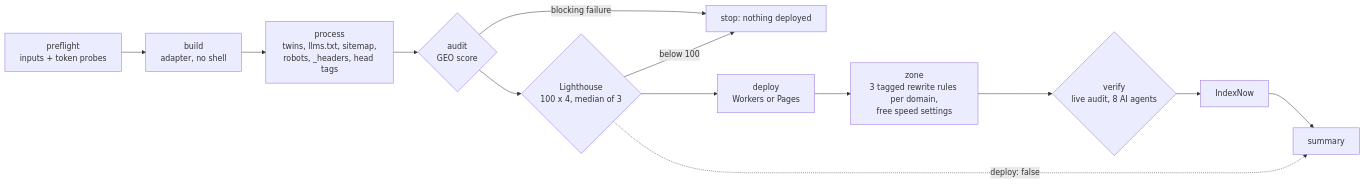
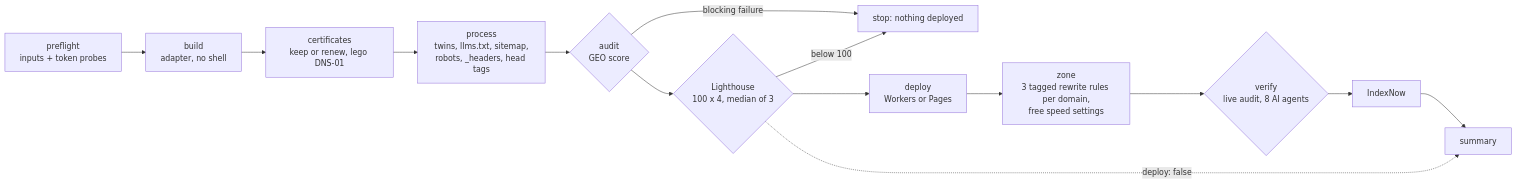
One commit to Avarok-Cybersecurity/geoharness changed the diagram in README.md. Above: the diagram before and after it, drawn with Mermaid. The commit also changed other lines of this file and 47 other files, not shown here.

First line of the commit message:
feat: certificates stage — renew [[certificates]] pairs with lego (DNS-01), keep on failure, verify served (#12)

````diff
--- a/README.md
+++ b/README.md
@@ -111,14 +131,15 @@
 ```mermaid
 flowchart LR
   P[preflight<br/>inputs + token probes] --> B[build<br/>adapter, no shell]
-  B --> PR[process<br/>twins, llms.txt, sitemap,<br/>robots, _headers, head tags]
+  B --> C[certificates<br/>keep or renew, lego DNS-01]
+  C --> PR[process<br/>twins, llms.txt, sitemap,<br/>robots, _headers, head tags]
   PR --> A{audit<br/>GEO score}
   A -->|blocking failure| X[stop: nothing deployed]
   A --> L{Lighthouse<br/>100 x 4, median of 3}
   L -->|below 100| X
   L --> D[deploy<br/>Workers or Pages]
   D --> Z[zone<br/>3 tagged rewrite rules per domain,<br/>free speed settings]
   Z --> V{verify<br/>live audit, 8 AI agents}
   V --> I[IndexNow] --> S[summary]
   L -. deploy: false .-> S
 ```
````
